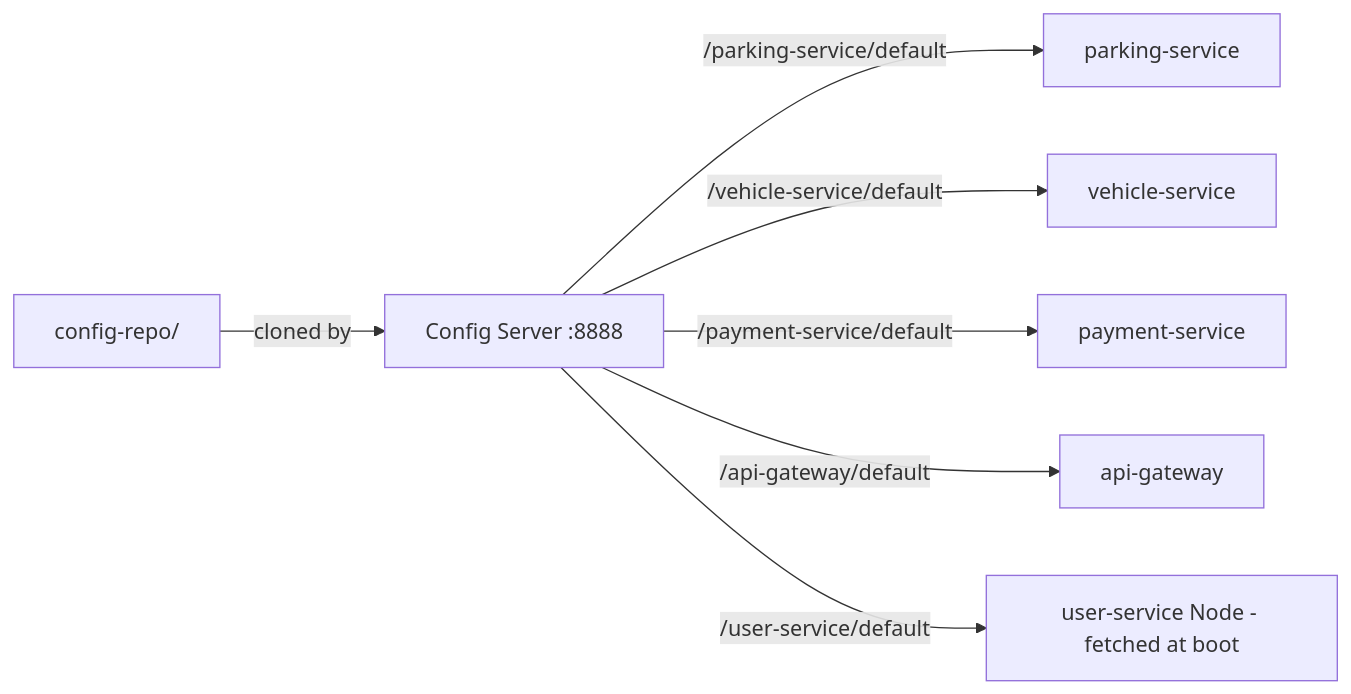
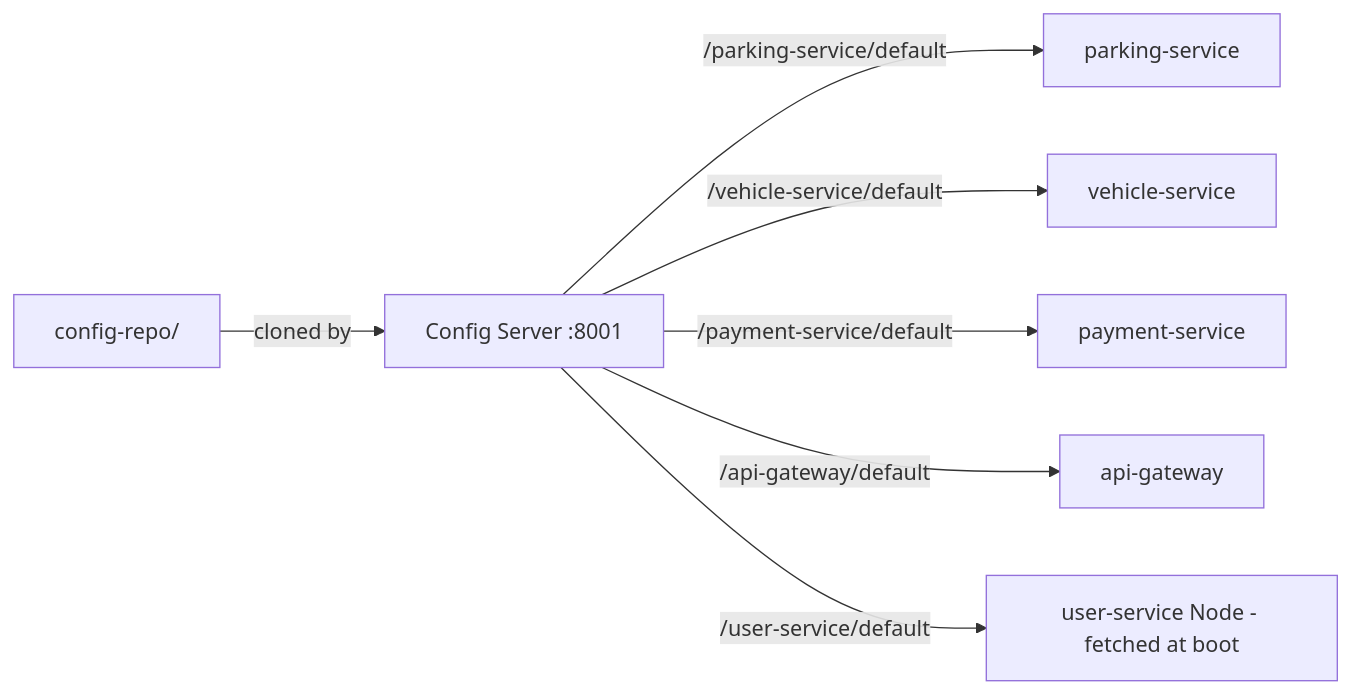
One commit to yasasbanukaofficial/kadolk-backend-microservice changed the diagram in config-repo/README.md. Above: the diagram before and after it, drawn with Mermaid. The commit also changed other lines of this file and 33 other files, not shown here.

````diff
--- a/config-repo/README.md
+++ b/config-repo/README.md
@@ -7,9 +7,9 @@
 ```mermaid
 flowchart LR
-    CR[config-repo/] -->|cloned by| CS[Config Server :8888]
+    CR[config-repo/] -->|cloned by| CS[Config Server :8001]
     CS -->|/parking-service/default| P[parking-service]
     CS -->|/vehicle-service/default| V[vehicle-service]
     CS -->|/payment-service/default| Pay[payment-service]
     CS -->|/api-gateway/default| G[api-gateway]
     CS -->|/user-service/default| U[user-service Node - fetched at boot]
 ```
````
